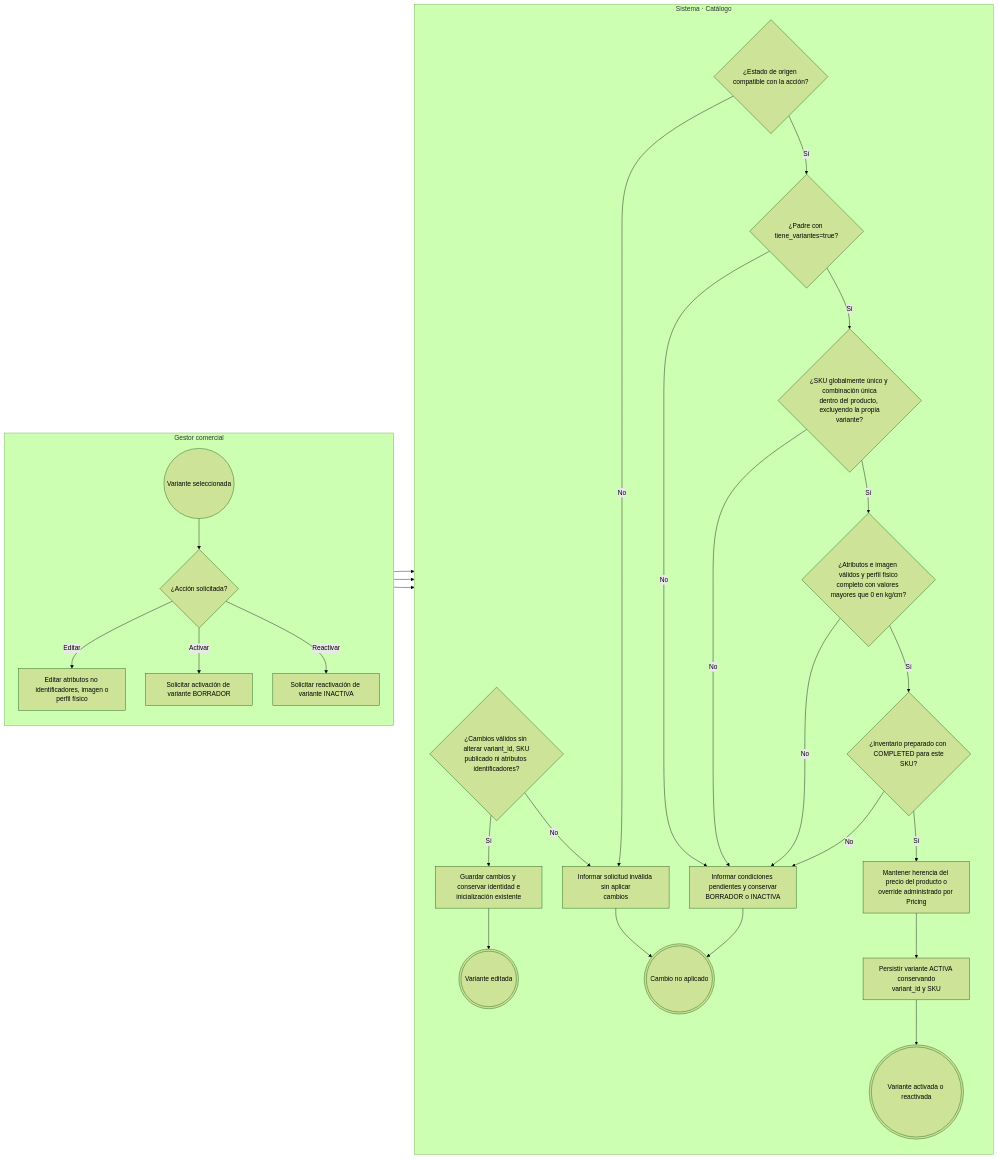
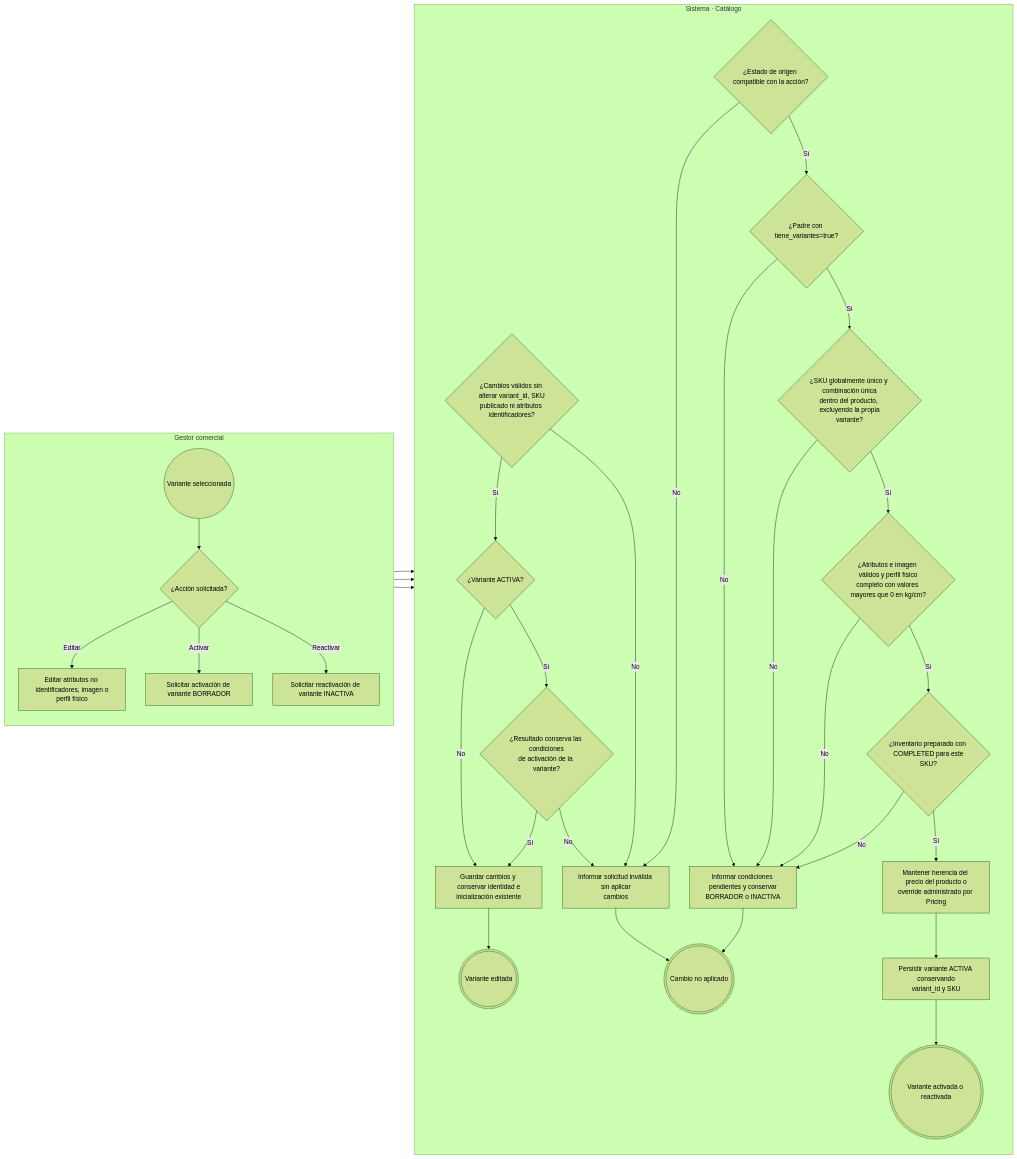
Before and after one commit to Taller-SW-Web/G6-Productos-Ofertas-docs: the third of 4 diagrams in flujos/FLOW-004-gestion-variantes-skus.md, drawn with Mermaid (forest theme). The commit also changed other lines of this file and 7 other files, not shown here.

````diff
--- a/flujos/FLOW-004-gestion-variantes-skus.md
+++ b/flujos/FLOW-004-gestion-variantes-skus.md
@@ -107,45 +107,51 @@
 ```mermaid
 flowchart LR
     subgraph G["Gestor comercial"]
         direction TB
         INICIO(("Variante seleccionada"))
         ACCION{"¿Acción solicitada?"}
         EDITAR["Editar atributos no identificadores, imagen o<br/>perfil físico"]
         ACTIVAR["Solicitar activación de variante BORRADOR"]
         REACTIVAR["Solicitar reactivación de variante INACTIVA"]
     end
     subgraph S["Sistema · Catálogo"]
         direction TB
         EDICION{"¿Cambios válidos sin alterar variant_id, SKU<br/>publicado ni atributos identificadores?"}
+        EDIT_ACTIVA{"¿Variante ACTIVA?"}
+        EDIT_CONDICIONES{"¿Resultado conserva las condiciones<br/>de activación de la variante?"}
         GUARDAR["Guardar cambios y conservar identidad e<br/>inicialización existente"]
         ESTADO{"¿Estado de origen compatible con la acción?"}
         MODELO{"¿Padre con tiene_variantes=true?"}
         IDENTIDAD{"¿SKU globalmente único y combinación única<br/>dentro del producto, excluyendo la propia<br/>variante?"}
         DATOS{"¿Atributos e imagen válidos y perfil físico<br/>completo con valores mayores que 0 en kg/cm?"}
         INVENTARIO{"¿Inventario preparado con COMPLETED para este<br/>SKU?"}
         PRECIO["Mantener herencia del precio del producto o<br/>override administrado por Pricing"]
         PUBLICAR["Persistir variante ACTIVA conservando<br/>variant_id y SKU"]
         BLOQUEAR["Informar condiciones pendientes y conservar<br/>BORRADOR o INACTIVA"]
         RECHAZAR["Informar solicitud inválida sin aplicar<br/>cambios"]
         FIN_EDICION((("Variante editada")))
         FIN_OK((("Variante activada o reactivada")))
         FIN_ERROR((("Cambio no aplicado")))
     end
     INICIO --> ACCION
     ACCION -->|"Editar"| EDITAR --> EDICION
-    EDICION -->|"Sí"| GUARDAR --> FIN_EDICION
+    EDICION -->|"Sí"| EDIT_ACTIVA
+    EDIT_ACTIVA -->|"No"| GUARDAR
+    EDIT_ACTIVA -->|"Sí"| EDIT_CONDICIONES
+    EDIT_CONDICIONES -->|"Sí"| GUARDAR --> FIN_EDICION
+    EDIT_CONDICIONES -->|"No"| RECHAZAR
     EDICION -->|"No"| RECHAZAR --> FIN_ERROR
     ACCION -->|"Activar"| ACTIVAR --> ESTADO
     ACCION -->|"Reactivar"| REACTIVAR --> ESTADO
     ESTADO -->|"Sí"| MODELO
     ESTADO -->|"No"| RECHAZAR
     MODELO -->|"Sí"| IDENTIDAD
     MODELO -->|"No"| BLOQUEAR
     IDENTIDAD -->|"Sí"| DATOS
     IDENTIDAD -->|"No"| BLOQUEAR
     DATOS -->|"Sí"| INVENTARIO
     DATOS -->|"No"| BLOQUEAR
     INVENTARIO -->|"Sí"| PRECIO --> PUBLICAR --> FIN_OK
     INVENTARIO -->|"No"| BLOQUEAR
     BLOQUEAR --> FIN_ERROR
 ```
````
